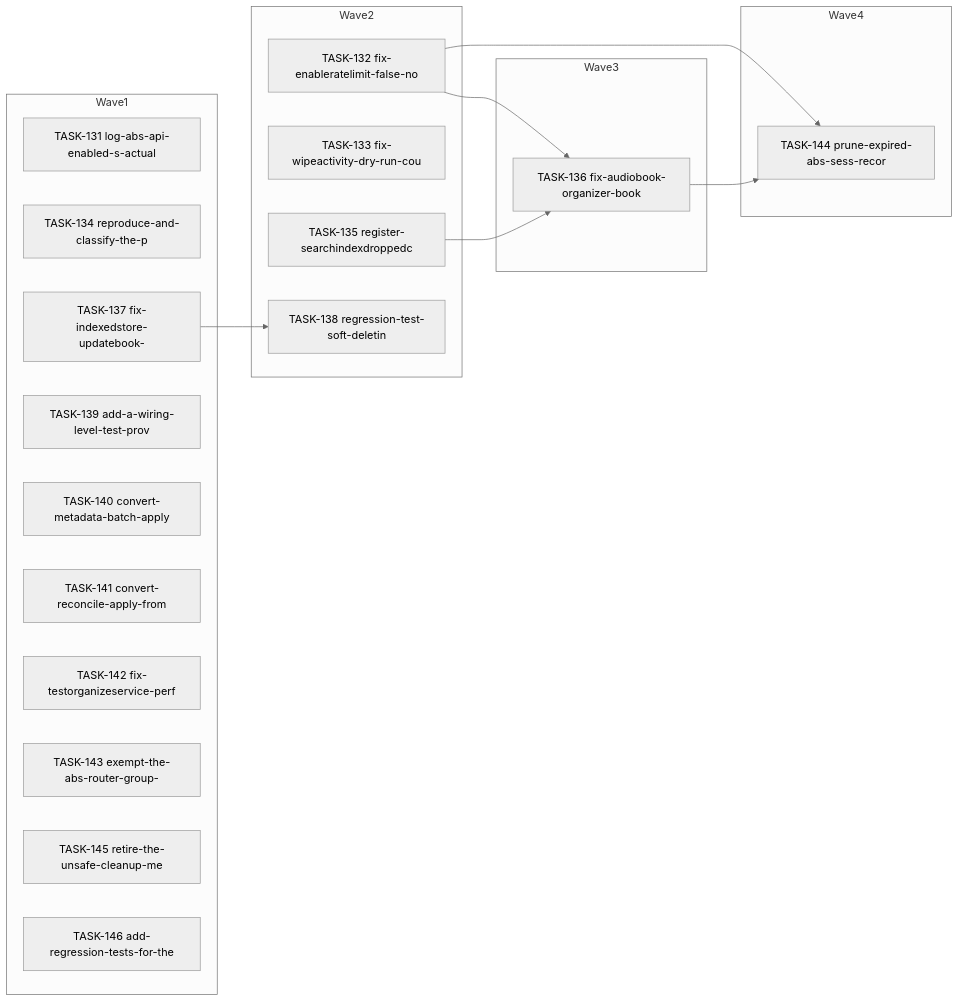
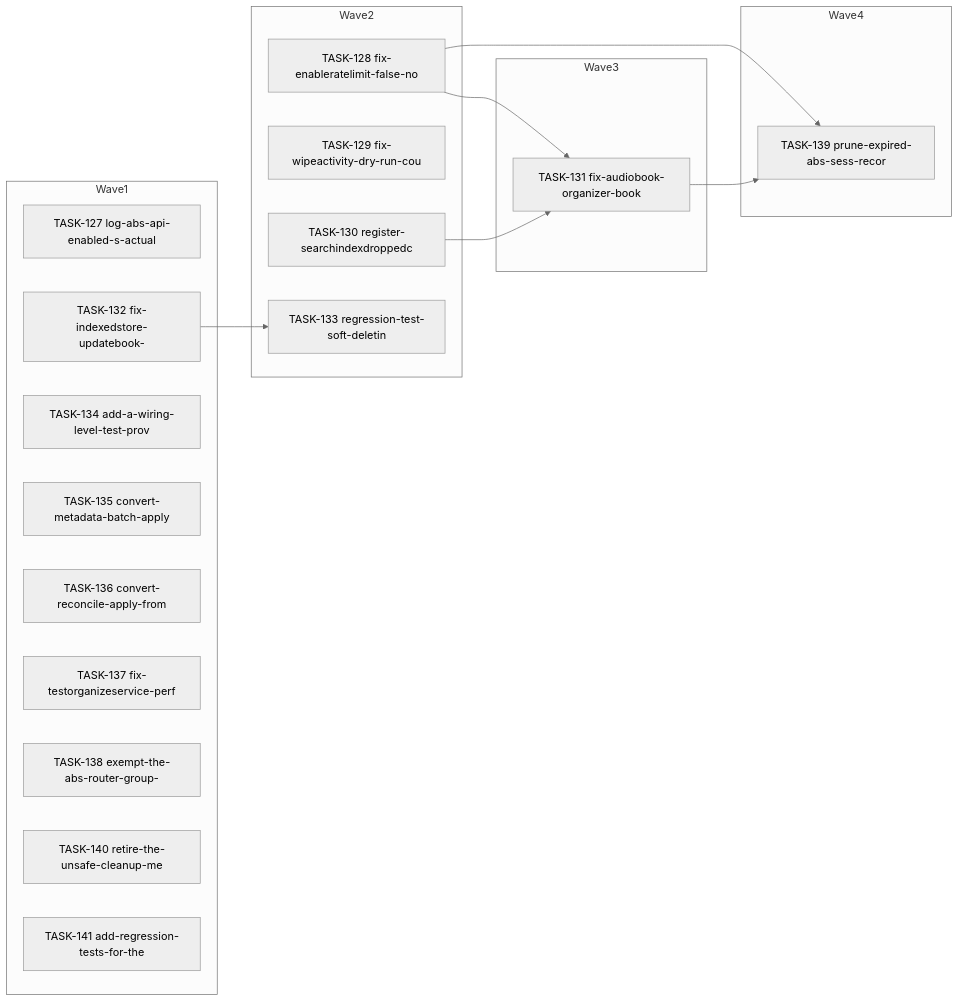
One commit to falkcorp/audiobook-organizer changed the diagram in docs/agent-tasks/todo-completion/server/orchestration.md. Above: the diagram before and after it, drawn with Mermaid (neutral theme). The commit also changed other lines of this file and 406 other files, not shown here.

````diff
--- a/docs/agent-tasks/todo-completion/server/orchestration.md
+++ b/docs/agent-tasks/todo-completion/server/orchestration.md
@@ -12,32 +12,31 @@
 ```mermaid
 flowchart LR
     subgraph Wave1
-      TASK131[TASK-131 log-abs-api-enabled-s-actual]
-      TASK134[TASK-134 reproduce-and-classify-the-p]
-      TASK137[TASK-137 fix-indexedstore-updatebook-]
-      TASK139[TASK-139 add-a-wiring-level-test-prov]
-      TASK140[TASK-140 convert-metadata-batch-apply]
-      TASK141[TASK-141 convert-reconcile-apply-from]
-      TASK142[TASK-142 fix-testorganizeservice-perf]
-      TASK143[TASK-143 exempt-the-abs-router-group-]
-      TASK145[TASK-145 retire-the-unsafe-cleanup-me]
-      TASK146[TASK-146 add-regression-tests-for-the]
+      TASK127[TASK-127 log-abs-api-enabled-s-actual]
+      TASK132[TASK-132 fix-indexedstore-updatebook-]
+      TASK134[TASK-134 add-a-wiring-level-test-prov]
+      TASK135[TASK-135 convert-metadata-batch-apply]
+      TASK136[TASK-136 convert-reconcile-apply-from]
+      TASK137[TASK-137 fix-testorganizeservice-perf]
+      TASK138[TASK-138 exempt-the-abs-router-group-]
+      TASK140[TASK-140 retire-the-unsafe-cleanup-me]
+      TASK141[TASK-141 add-regression-tests-for-the]
     end
     subgraph Wave2
-      TASK132[TASK-132 fix-enableratelimit-false-no]
-      TASK133[TASK-133 fix-wipeactivity-dry-run-cou]
-      TASK135[TASK-135 register-searchindexdroppedc]
-      TASK138[TASK-138 regression-test-soft-deletin]
+      TASK128[TASK-128 fix-enableratelimit-false-no]
+      TASK129[TASK-129 fix-wipeactivity-dry-run-cou]
+      TASK130[TASK-130 register-searchindexdroppedc]
+      TASK133[TASK-133 regression-test-soft-deletin]
     end
     subgraph Wave3
-      TASK136[TASK-136 fix-audiobook-organizer-book]
+      TASK131[TASK-131 fix-audiobook-organizer-book]
     end
     subgraph Wave4
-      TASK144[TASK-144 prune-expired-abs-sess-recor]
+      TASK139[TASK-139 prune-expired-abs-sess-recor]
     end
-    TASK132 --> TASK136
-    TASK132 --> TASK144
-    TASK135 --> TASK136
-    TASK136 --> TASK144
-    TASK137 --> TASK138
+    TASK128 --> TASK131
+    TASK128 --> TASK139
+    TASK130 --> TASK131
+    TASK131 --> TASK139
+    TASK132 --> TASK133
 ```
````
